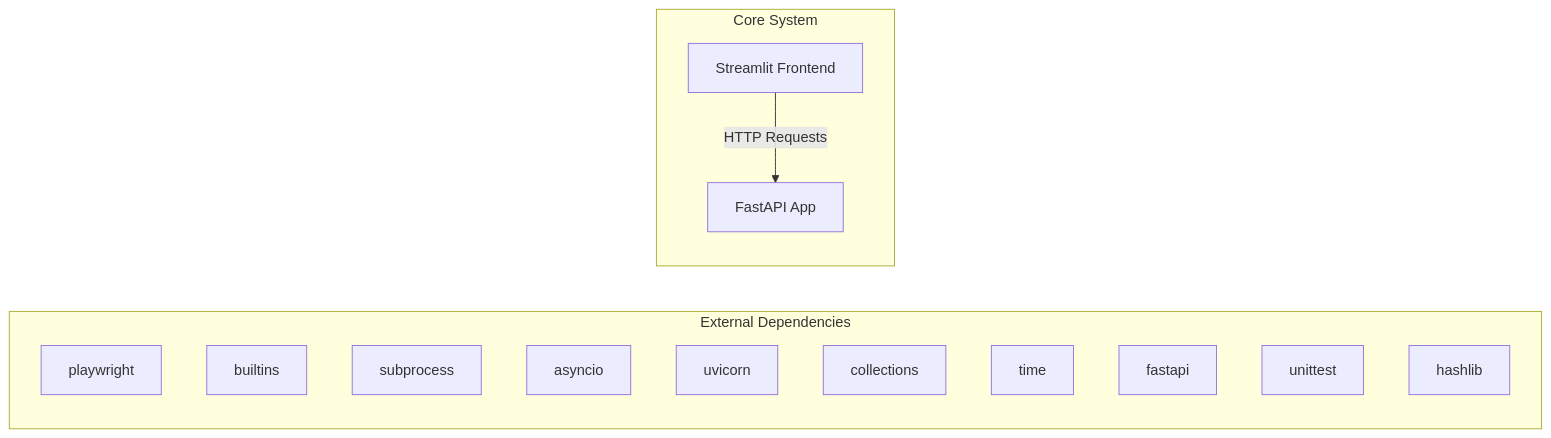
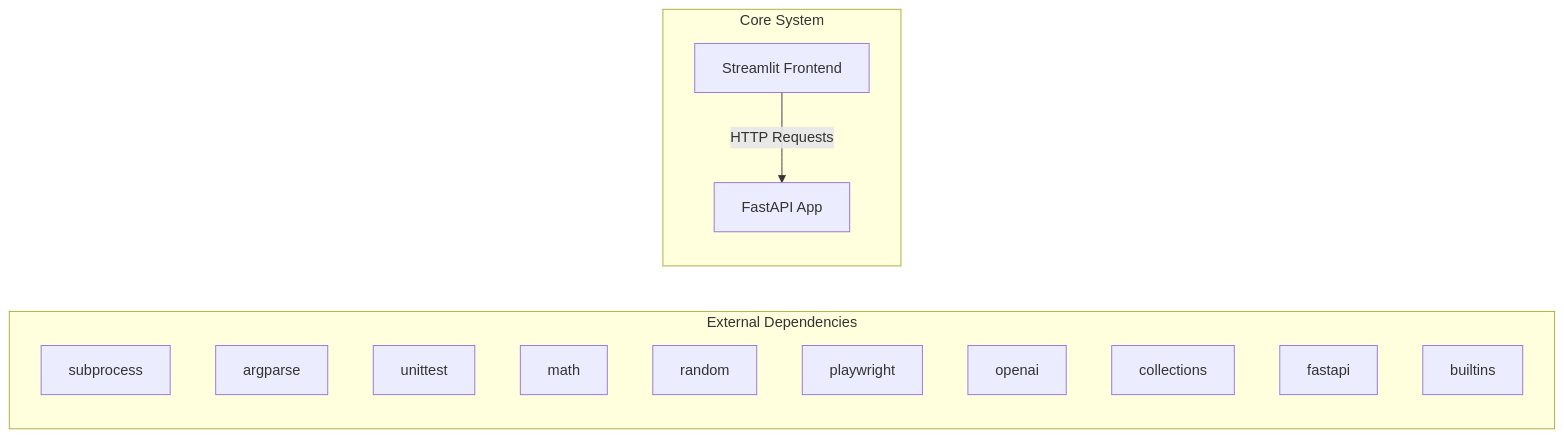
One commit to NITISH-R-G/rag-context-optimizer changed the first of 2 diagrams in docs/architecture.md. Above: the diagram before and after it, drawn with Mermaid. The commit also changed 1 other file, not shown here.

Commit message:
docs: auto-update repository knowledge, architecture diagrams, and documentation

````diff
--- a/docs/architecture.md
+++ b/docs/architecture.md
@@ -7,20 +7,20 @@
 ```mermaid
 graph LR
     subgraph External Dependencies
-        E0["playwright"]
-        E1["builtins"]
-        E2["subprocess"]
-        E3["asyncio"]
-        E4["uvicorn"]
-        E5["collections"]
-        E6["time"]
-        E7["fastapi"]
-        E8["unittest"]
-        E9["hashlib"]
+        E0["subprocess"]
+        E1["argparse"]
+        E2["unittest"]
+        E3["math"]
+        E4["random"]
+        E5["playwright"]
+        E6["openai"]
+        E7["collections"]
+        E8["fastapi"]
+        E9["builtins"]
     end
     subgraph Core System
         API["FastAPI App"]
         UI["Streamlit Frontend"]
     end
     UI -->|HTTP Requests| API
 ```
````
